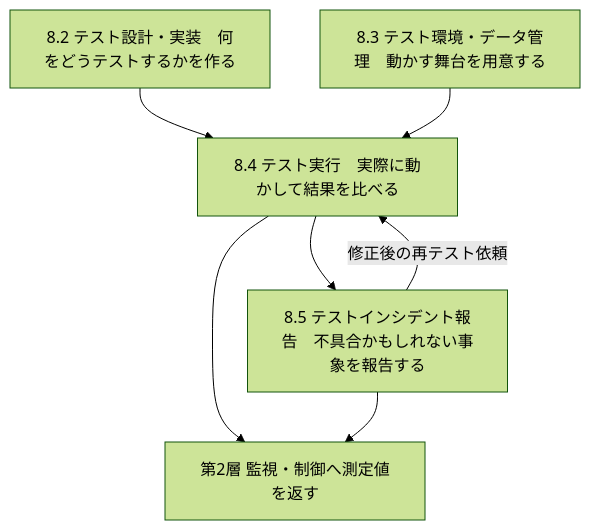
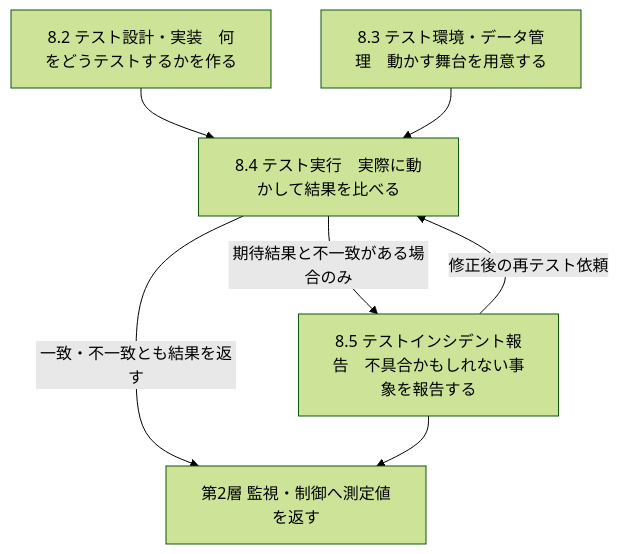
Before and after one commit to myoshi2891/Quality-Assurance-Studies: the ninth of 17 diagrams in Iso-29119-2-test-processes-guide.md, drawn with Mermaid (forest theme).

Commit message:
docs(iso-29119-2): clarify dynamic test process flow edge conditions in mermaid diagram

````diff
--- a/Iso-29119-2-test-processes-guide.md
+++ b/Iso-29119-2-test-processes-guide.md
@@ -514,14 +514,14 @@
 ```mermaid
 flowchart TD
     DY1["8.2 テスト設計・実装　何をどうテストするかを作る"]
     DY2["8.3 テスト環境・データ管理　動かす舞台を用意する"]
     DY3["8.4 テスト実行　実際に動かして結果を比べる"]
     DY4["8.5 テストインシデント報告　不具合かもしれない事象を報告する"]
     DY5["第2層 監視・制御へ測定値を返す"]
     DY1 --> DY3
     DY2 --> DY3
-    DY3 --> DY4
+    DY3 -->|"期待結果と不一致がある場合のみ"| DY4
     DY4 -->|"修正後の再テスト依頼"| DY3
-    DY3 --> DY5
+    DY3 -->|"一致・不一致とも結果を返す"| DY5
     DY4 --> DY5
 ```
````
